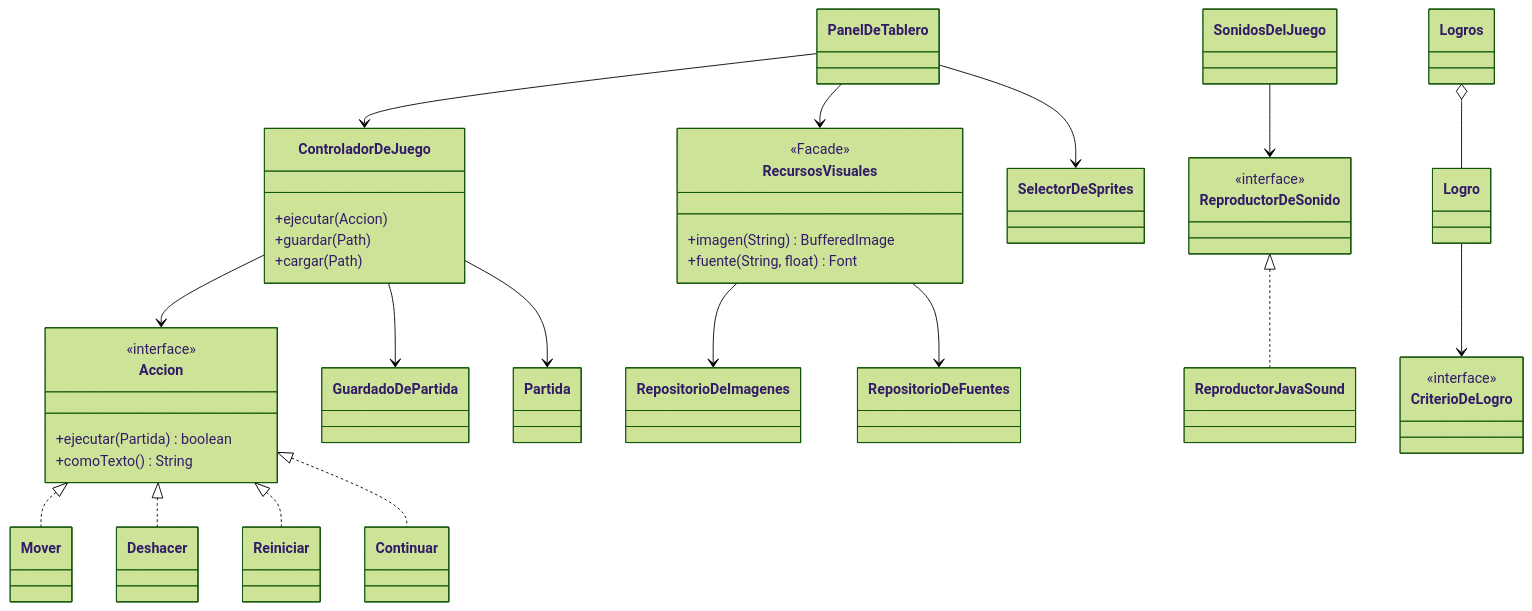
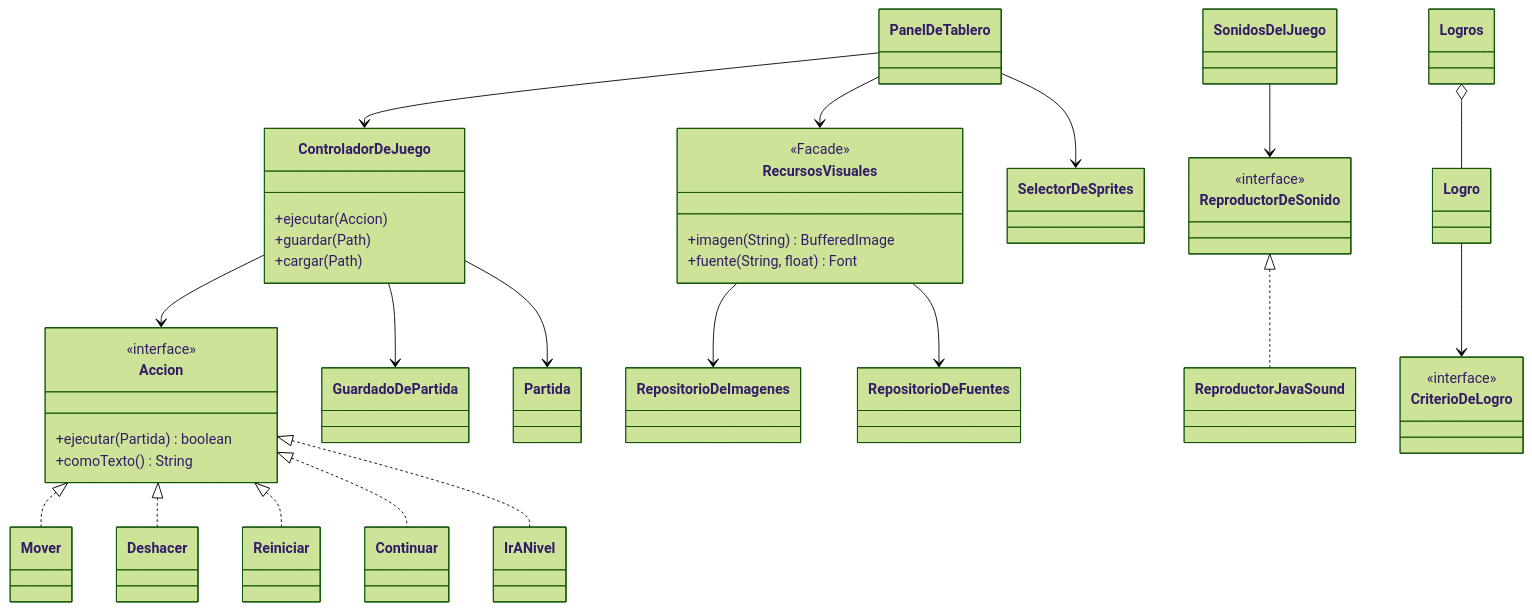
One commit to Daniel130814/Sokoban-PDS changed the fifth of 8 diagrams in docs/uml/diagrama-de-clases.md. Above: the diagram before and after it, drawn with Mermaid (forest theme). The commit also changed 14 other files, not shown here.

````diff
--- a/docs/uml/diagrama-de-clases.md
+++ b/docs/uml/diagrama-de-clases.md
@@ -181,55 +181,57 @@
 ```mermaid
 classDiagram
     class ControladorDeJuego {
         +ejecutar(Accion)
         +guardar(Path)
         +cargar(Path)
     }
     class Accion {
         <<interface>>
         +ejecutar(Partida) boolean
         +comoTexto() String
     }
     class Mover
     class Deshacer
     class Reiniciar
     class Continuar
+    class IrANivel
     class GuardadoDePartida
     class Partida
     class RecursosVisuales {
         <<Facade>>
         +imagen(String) BufferedImage
         +fuente(String, float) Font
     }
     class RepositorioDeImagenes
     class RepositorioDeFuentes
     class SelectorDeSprites
     class PanelDeTablero
     class ReproductorDeSonido {
         <<interface>>
     }
     class ReproductorJavaSound
     class SonidosDelJuego
     class CriterioDeLogro {
         <<interface>>
     }
     class Logro
     class Logros
 
     ControladorDeJuego --> Partida
     ControladorDeJuego --> Accion
     ControladorDeJuego --> GuardadoDePartida
     Accion <|.. Mover
     Accion <|.. Deshacer
     Accion <|.. Reiniciar
     Accion <|.. Continuar
+    Accion <|.. IrANivel
     PanelDeTablero --> RecursosVisuales
     RecursosVisuales --> RepositorioDeImagenes
     RecursosVisuales --> RepositorioDeFuentes
     PanelDeTablero --> SelectorDeSprites
     PanelDeTablero --> ControladorDeJuego
     ReproductorDeSonido <|.. ReproductorJavaSound
     SonidosDelJuego --> ReproductorDeSonido
     Logros o-- Logro
     Logro --> CriterioDeLogro
 ```
````
